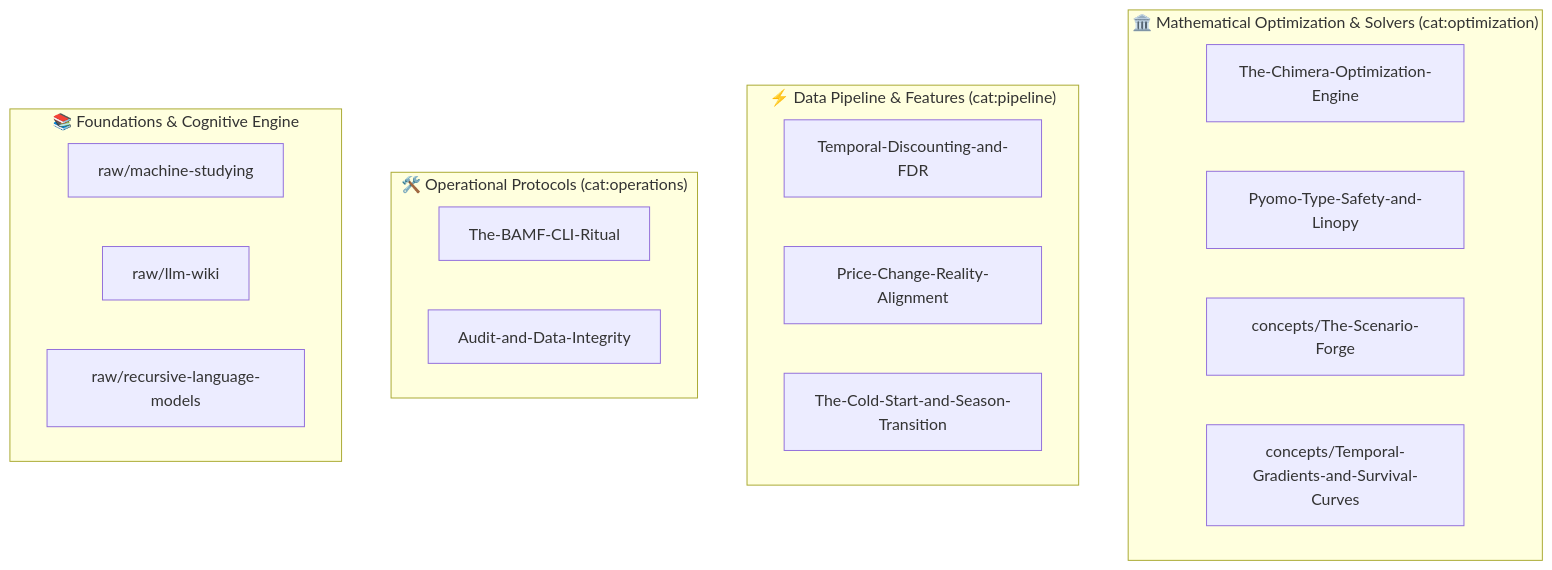
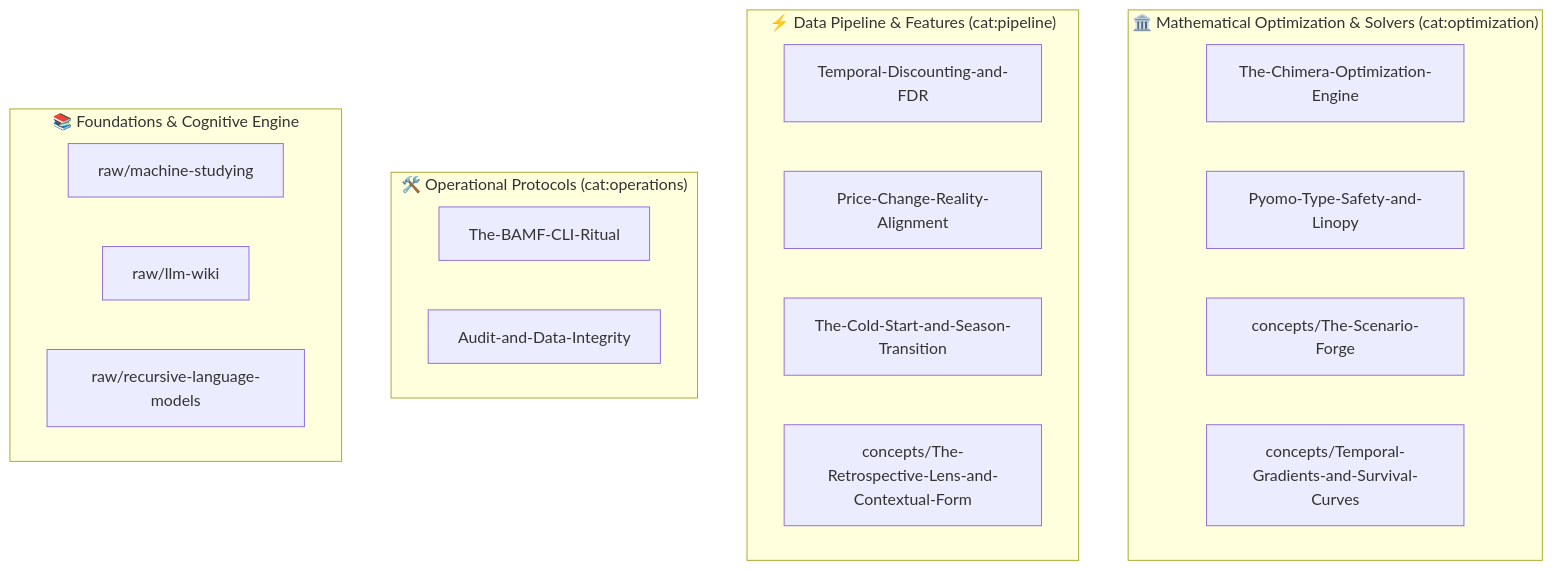
The diagram in .agents/skills/fpl-machine-studying-wiki/wiki/index.md (ianchanning/fpl-dominator), drawn with Mermaid before and after one commit. The commit also changed other lines of this file and 13 other files, not shown here.

Commit message:
feat(retrospective-lens): implement RFC-011 fixture-adjusted form and form fraud detection

````diff
--- a/.agents/skills/fpl-machine-studying-wiki/wiki/index.md
+++ b/.agents/skills/fpl-machine-studying-wiki/wiki/index.md
@@ -3,26 +3,27 @@
 ```mermaid
 graph TD
     subgraph "🏛️ Mathematical Optimization & Solvers (cat:optimization)"
         O1[The-Chimera-Optimization-Engine]
         O2[Pyomo-Type-Safety-and-Linopy]
         O3[concepts/The-Scenario-Forge]
         O4[concepts/Temporal-Gradients-and-Survival-Curves]
     end
 
     subgraph "⚡ Data Pipeline & Features (cat:pipeline)"
         P1[Temporal-Discounting-and-FDR]
         P2[Price-Change-Reality-Alignment]
         P3[The-Cold-Start-and-Season-Transition]
+        P4[concepts/The-Retrospective-Lens-and-Contextual-Form]
     end
 
     subgraph "🛠️ Operational Protocols (cat:operations)"
         R1[The-BAMF-CLI-Ritual]
         R2[Audit-and-Data-Integrity]
     end
 
     subgraph "📚 Foundations & Cognitive Engine"
         F1[raw/machine-studying]
         F2[raw/llm-wiki]
         F3[raw/recursive-language-models]
     end
 ```
````
